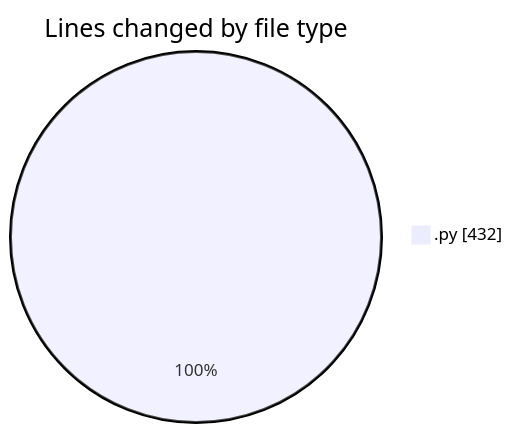
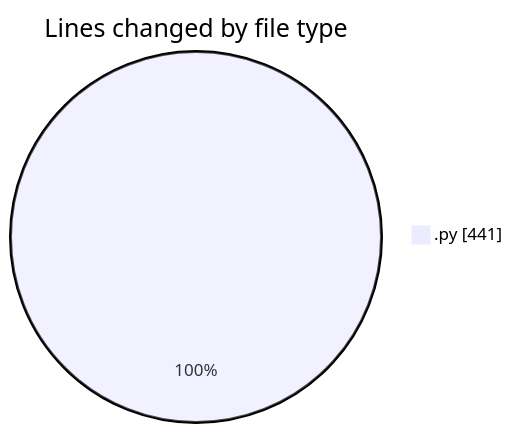
One commit to MatusMokan/code-tracking changed the first of 2 diagrams in 2025-03-08/myws__workspace_/README.md. Above: the diagram before and after it, drawn with Mermaid. The commit also changed other lines of this file and 1 other file, not shown here.

````diff
--- a/2025-03-08/myws__workspace_/README.md
+++ b/2025-03-08/myws__workspace_/README.md
@@ -20,5 +20,5 @@
 ```mermaid
 pie showData
 title Lines changed by file type
-".py" : 432
+".py" : 441
 ```
````
